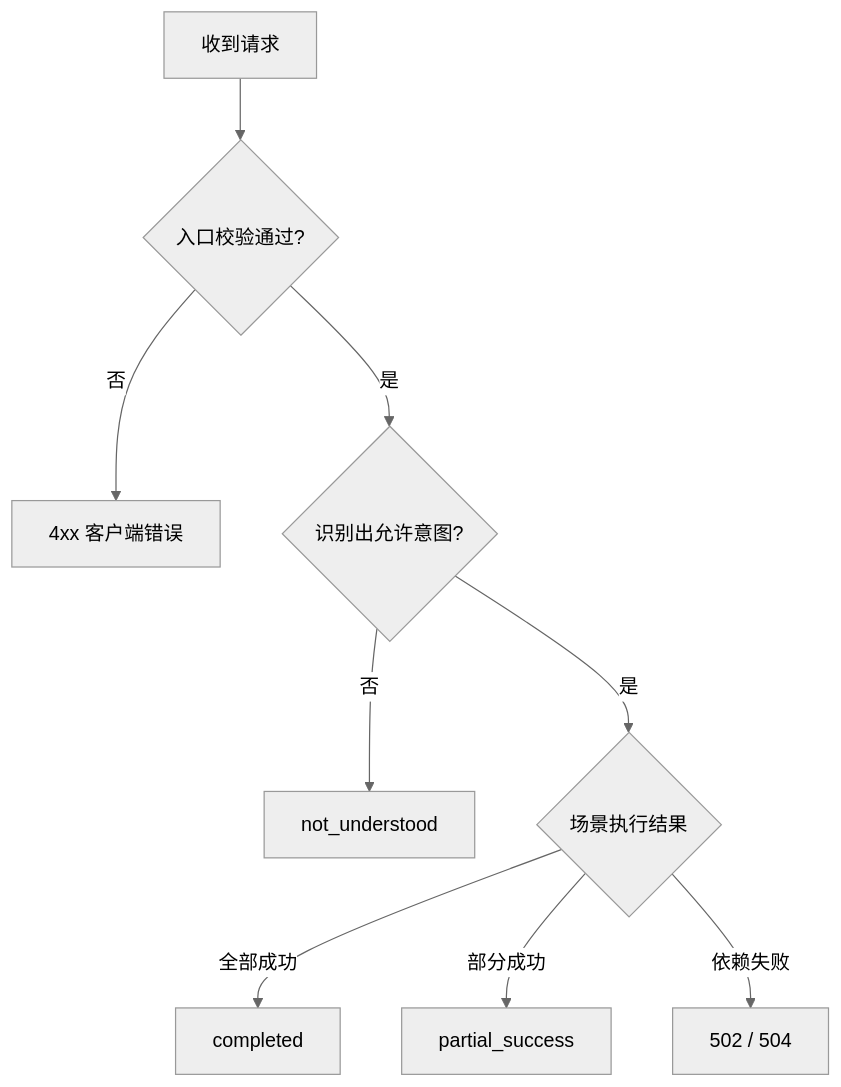
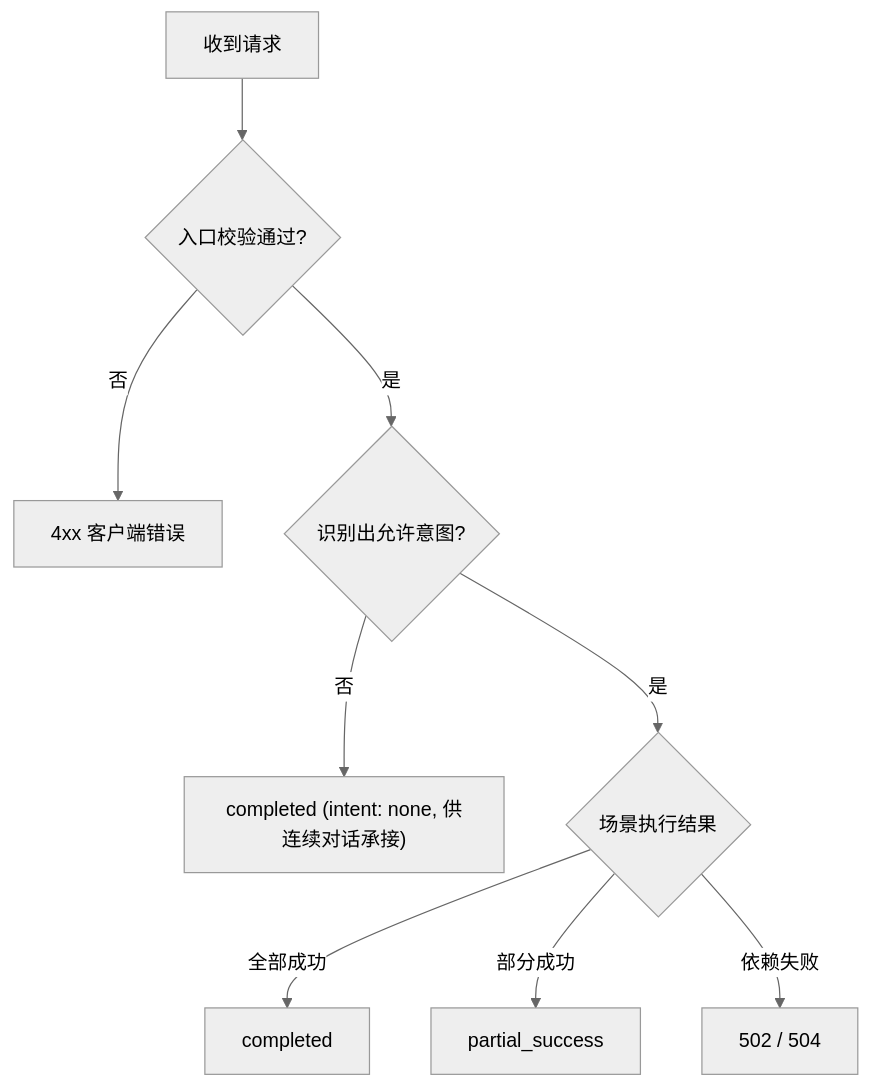
Before and after one commit to zhangys10/mijia-web-console: the fifth of 19 diagrams in docs/ai-home-poc-design.md, drawn with Mermaid (neutral theme). The commit also changed other lines of this file and 17 other files, not shown here.

````diff
--- a/docs/ai-home-poc-design.md
+++ b/docs/ai-home-poc-design.md
@@ -264,11 +284,11 @@
 ```mermaid
 flowchart TD
     A["收到请求"] --> B{"入口校验通过?"}
     B -- 否 --> C["4xx 客户端错误"]
     B -- 是 --> D{"识别出允许意图?"}
-    D -- 否 --> E["not_understood"]
+    D -- 否 --> E["completed (intent: none, 供连续对话承接)"]
     D -- 是 --> F{"场景执行结果"}
     F -- 全部成功 --> G["completed"]
     F -- 部分成功 --> H["partial_success"]
     F -- 依赖失败 --> I["502 / 504"]
 ```
````
